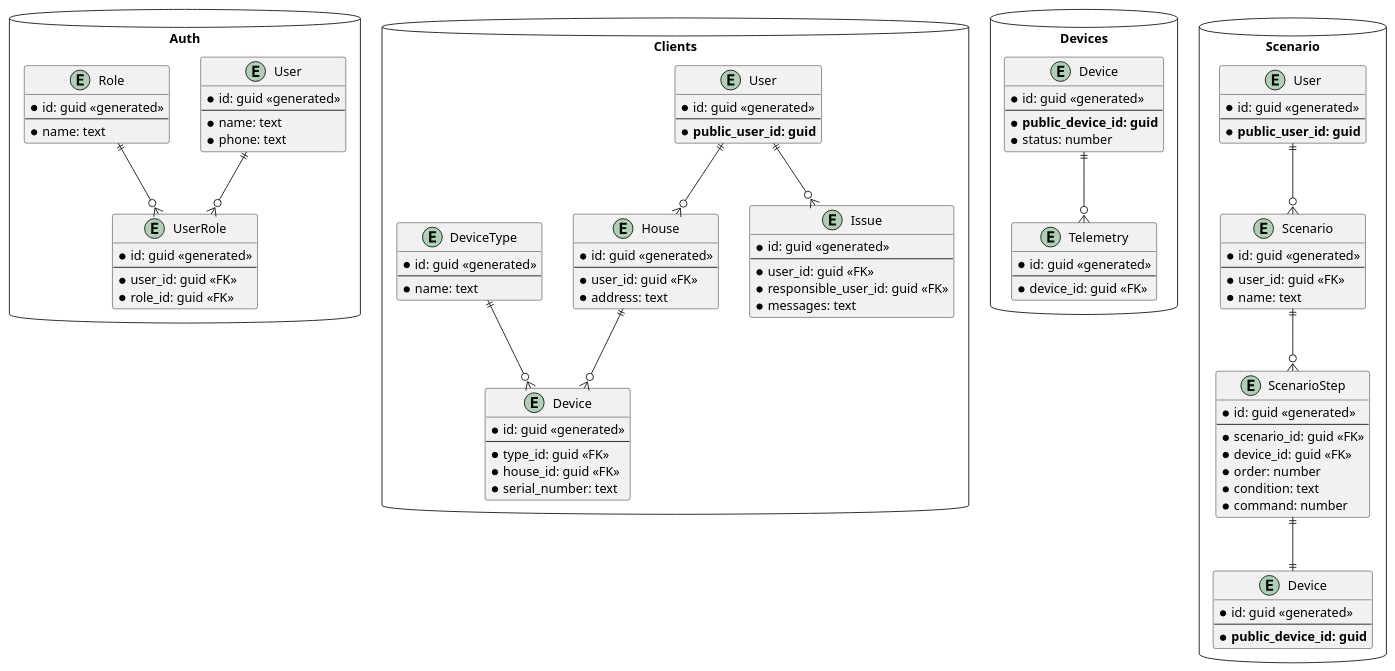
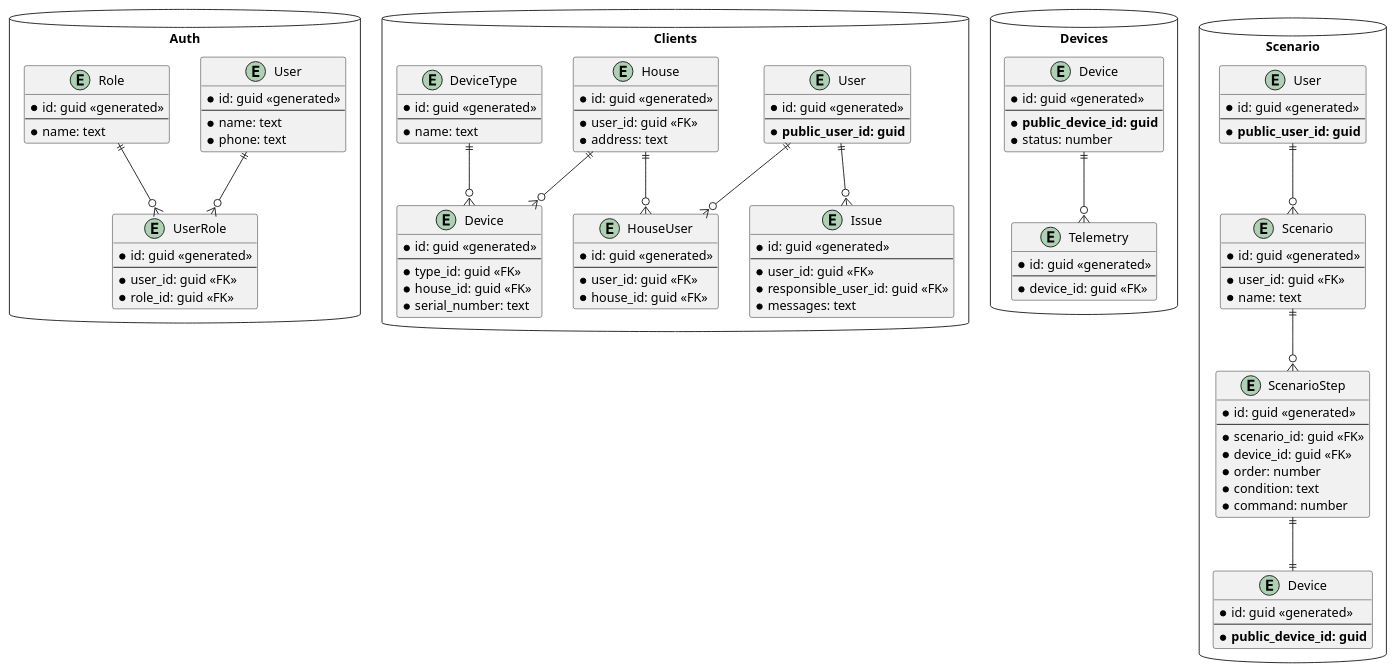
Before and after one commit to zemer/architecture-sprint-3: the diagram in diagrams/ER/er.puml, drawn with PlantUML. The commit also changed 1 other file, not shown here.

Commit message:
На ER диаграмма добавлена связующая таблицу чтобы обеспечить связь многие ко многим домов и пользователей

```diff
--- a/diagrams/ER/er.puml
+++ b/diagrams/ER/er.puml
@@ -1,124 +1,132 @@
 @startuml
 
 package Auth <<Database>> {
   entity User {
     * id: guid <<generated>>
     --
     * name: text
     * phone: text
   }
 
   entity Role {
     * id: guid <<generated>>
     --
     * name: text
   }
 
   entity UserRole {
     * id: guid <<generated>>
     --
     * user_id: guid <<FK>>
     * role_id: guid <<FK>>
   }
 
   User ||--o{ UserRole
   Role ||--o{ UserRole
 }
 
 package Clients <<Database>> {
   entity User {
     * id: guid <<generated>>
     --
     * **public_user_id: guid**
   }
 
   entity House {
     * id: guid <<generated>>
     --
     * user_id: guid <<FK>>
     * address: text
   }
 
+  entity HouseUser {
+    * id: guid <<generated>>
+    --
+    * user_id: guid <<FK>>
+    * house_id: guid <<FK>>
+  }
+
   entity DeviceType {
     * id: guid <<generated>>
     --
     * name: text
   }
 
   entity Device {
     * id: guid <<generated>>
     --
     * type_id: guid <<FK>>
     * house_id: guid <<FK>>
     * serial_number: text
   }
 
   entity Issue {
     * id: guid <<generated>>
     --
     * user_id: guid <<FK>>
     * responsible_user_id: guid <<FK>>
     * messages: text
   }
 
-  User ||--o{ House
+  User ||--o{ HouseUser
+  House ||--o{ HouseUser
   House ||--o{ Device
   DeviceType ||--o{ Device
   User ||--o{ Issue
 }
 
 package Devices <<Database>> {
 
   entity Device {
     * id: guid <<generated>>
     --
     * **public_device_id: guid**
     * status: number
   }
 
   entity Telemetry {
     * id: guid <<generated>>
     --
     * device_id: guid <<FK>>
   }
 
   Device ||--o{ Telemetry
 }
 
 package Scenario <<Database>> {
 
   entity User {
     * id: guid <<generated>>
     --
     * **public_user_id: guid**
   }
 
   entity Device {
     * id: guid <<generated>>
     --
     * **public_device_id: guid**
   }
 
   entity Scenario {
     * id: guid <<generated>>
     --
     * user_id: guid <<FK>>
     * name: text
   }
 
   entity ScenarioStep {
     * id: guid <<generated>>
     --
     * scenario_id: guid <<FK>>
     * device_id: guid <<FK>>
     * order: number
     * condition: text
     * command: number
   }
 
   User ||--o{ Scenario
   Scenario ||--o{ ScenarioStep
   ScenarioStep ||--|| Device
 }
 
 @enduml
```
